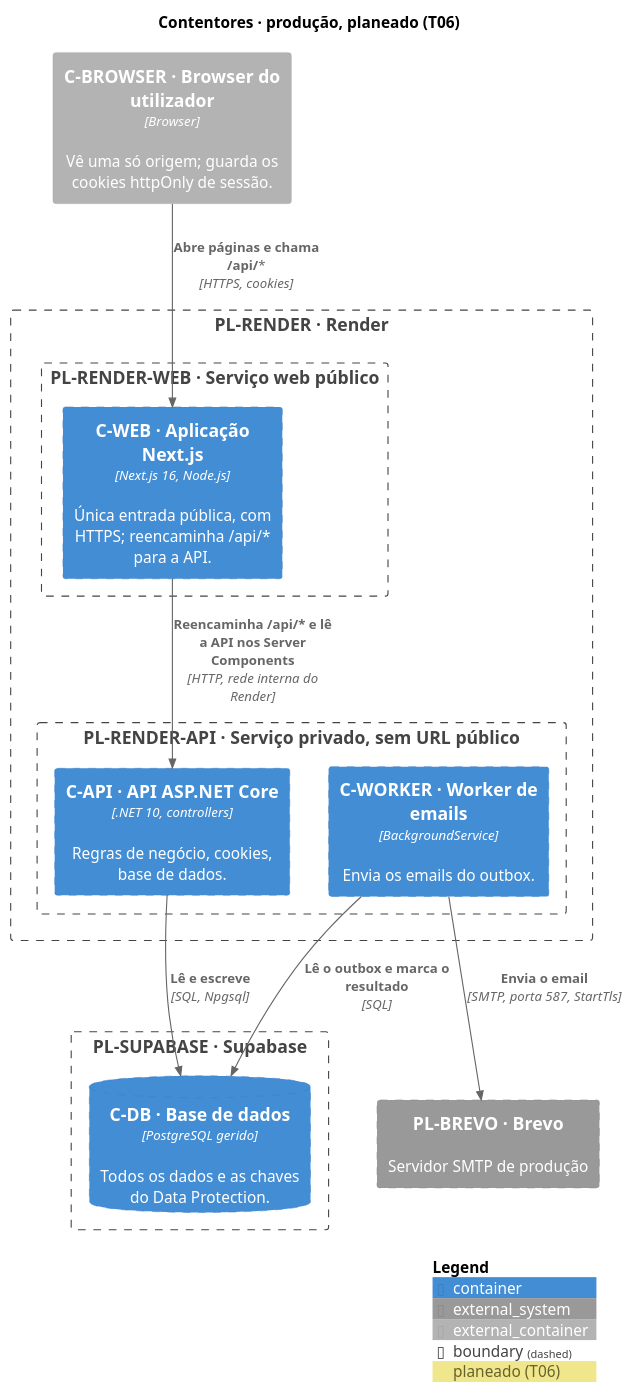
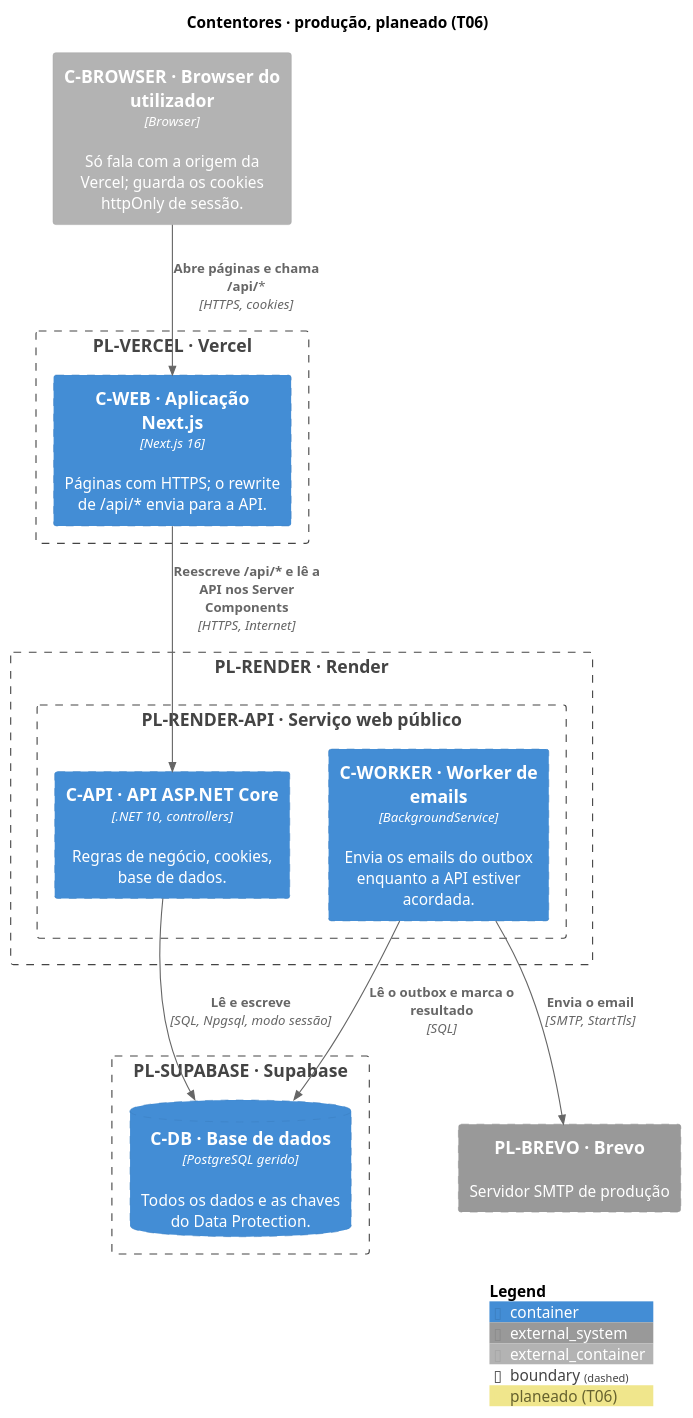
One commit to rodrigo4sousa/SportsEstablishments changed the diagram in docs/architecture/diagrams/02-containers-prod.puml. Above: the diagram before and after it, drawn with PlantUML. The commit also changed 53 other files, not shown here.

First line of the commit message:
feat(T06): deployment to Vercel and Render

```diff
--- a/docs/architecture/diagrams/02-containers-prod.puml
+++ b/docs/architecture/diagrams/02-containers-prod.puml
@@ -2,35 +2,36 @@
 @startuml 02-containers-prod
 !include <C4/C4_Container>
 
 title Contentores · produção, planeado (T06)
 
 LAYOUT_TOP_DOWN()
 HIDE_STEREOTYPE()
 AddElementTag("planeado", $borderStyle=DashedLine(), $legendText="planeado (T06)")
 
-Container_Ext(C_BROWSER, "C-BROWSER · Browser do utilizador", "Browser", "Vê uma só origem; guarda os cookies httpOnly de sessão.")
+Container_Ext(C_BROWSER, "C-BROWSER · Browser do utilizador", "Browser", "Só fala com a origem da Vercel; guarda os cookies httpOnly de sessão.")
+
+Boundary(PL_VERCEL, "PL-VERCEL · Vercel", "", "planeado") {
+  Container(C_WEB, "C-WEB · Aplicação Next.js", "Next.js 16", "Páginas com HTTPS; o rewrite de /api/* envia para a API.", $tags="planeado")
+}
 
 Boundary(PL_RENDER, "PL-RENDER · Render", "", "planeado") {
-  Boundary(PL_RENDER_WEB, "PL-RENDER-WEB · Serviço web público", "", "planeado") {
-    Container(C_WEB, "C-WEB · Aplicação Next.js", "Next.js 16, Node.js", "Única entrada pública, com HTTPS; reencaminha /api/* para a API.", $tags="planeado")
-  }
-  Boundary(PL_RENDER_API, "PL-RENDER-API · Serviço privado, sem URL público", "", "planeado") {
+  Boundary(PL_RENDER_API, "PL-RENDER-API · Serviço web público", "", "planeado") {
     Container(C_API, "C-API · API ASP.NET Core", ".NET 10, controllers", "Regras de negócio, cookies, base de dados.", $tags="planeado")
-    Container(C_WORKER, "C-WORKER · Worker de emails", "BackgroundService", "Envia os emails do outbox.", $tags="planeado")
+    Container(C_WORKER, "C-WORKER · Worker de emails", "BackgroundService", "Envia os emails do outbox enquanto a API estiver acordada.", $tags="planeado")
   }
 }
 
 Boundary(PL_SUPABASE, "PL-SUPABASE · Supabase", "", "planeado") {
   ContainerDb(C_DB, "C-DB · Base de dados", "PostgreSQL gerido", "Todos os dados e as chaves do Data Protection.", $tags="planeado")
 }
 
 System_Ext(PL_BREVO, "PL-BREVO · Brevo", "Servidor SMTP de produção", $tags="planeado")
 
 Rel(C_BROWSER, C_WEB, "Abre páginas e chama /api/*", "HTTPS, cookies")
-Rel(C_WEB, C_API, "Reencaminha /api/* e lê a API nos Server Components", "HTTP, rede interna do Render")
-Rel(C_API, C_DB, "Lê e escreve", "SQL, Npgsql")
+Rel(C_WEB, C_API, "Reescreve /api/* e lê a API nos Server Components", "HTTPS, Internet")
+Rel(C_API, C_DB, "Lê e escreve", "SQL, Npgsql, modo sessão")
 Rel(C_WORKER, C_DB, "Lê o outbox e marca o resultado", "SQL")
-Rel(C_WORKER, PL_BREVO, "Envia o email", "SMTP, porta 587, StartTls")
+Rel(C_WORKER, PL_BREVO, "Envia o email", "SMTP, StartTls")
 
 SHOW_LEGEND()
 @enduml
```
